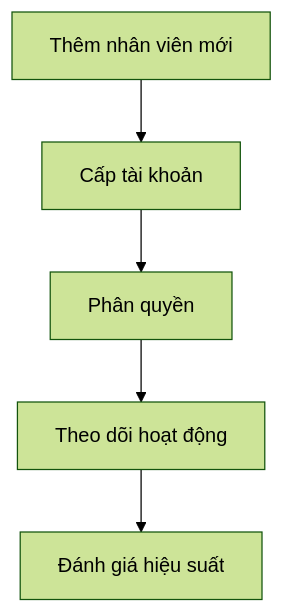
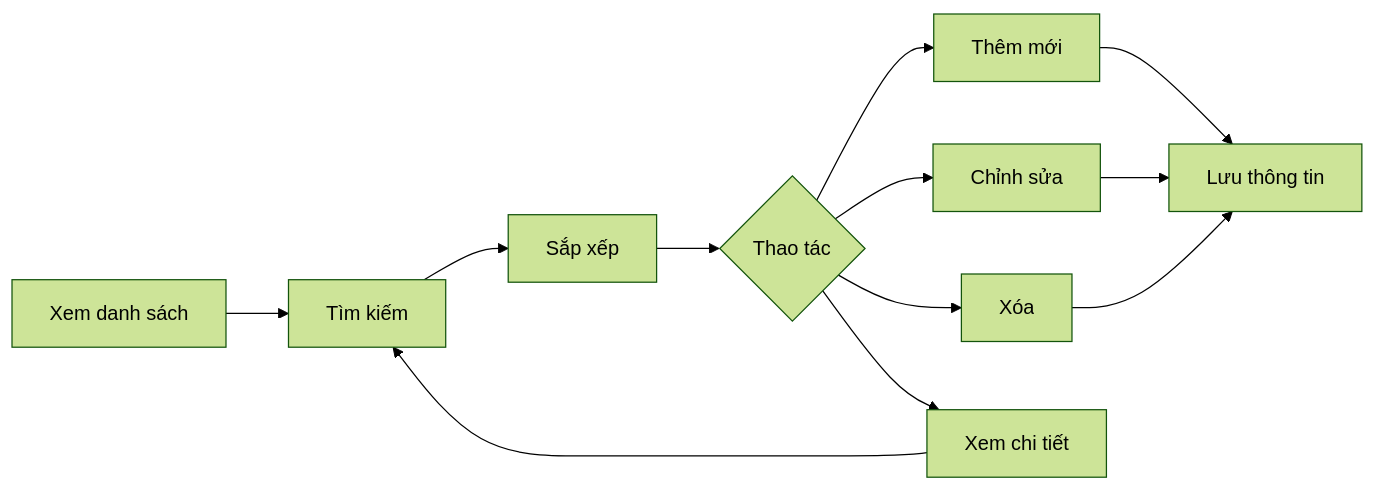
One commit to ngocthien19/DA_WEB_CK1_25_26 changed diagram 25 of 31 in README.md. Above: the diagram before and after it, drawn with Mermaid (forest theme). The commit also changed other lines of this file, not shown here.

````diff
--- a/README.md
+++ b/README.md
@@ -427,7 +940,14 @@
 ```mermaid
-graph TD
-    A[Thêm nhân viên mới] --> B[Cấp tài khoản]
-    B --> C[Phân quyền]
-    C --> D[Theo dõi hoạt động]
-    D --> E[Đánh giá hiệu suất]
+graph LR
+    A[Xem danh sách] --> B[Tìm kiếm]
+    B --> C[Sắp xếp]
+    C --> D{Thao tác}
+    D --> E[Thêm mới]
+    D --> F[Chỉnh sửa]
+    D --> G[Xóa]
+    D --> H[Xem chi tiết]
+    E --> I[Lưu thông tin]
+    F --> I
+    G --> I
+    H --> B
 ```
````
